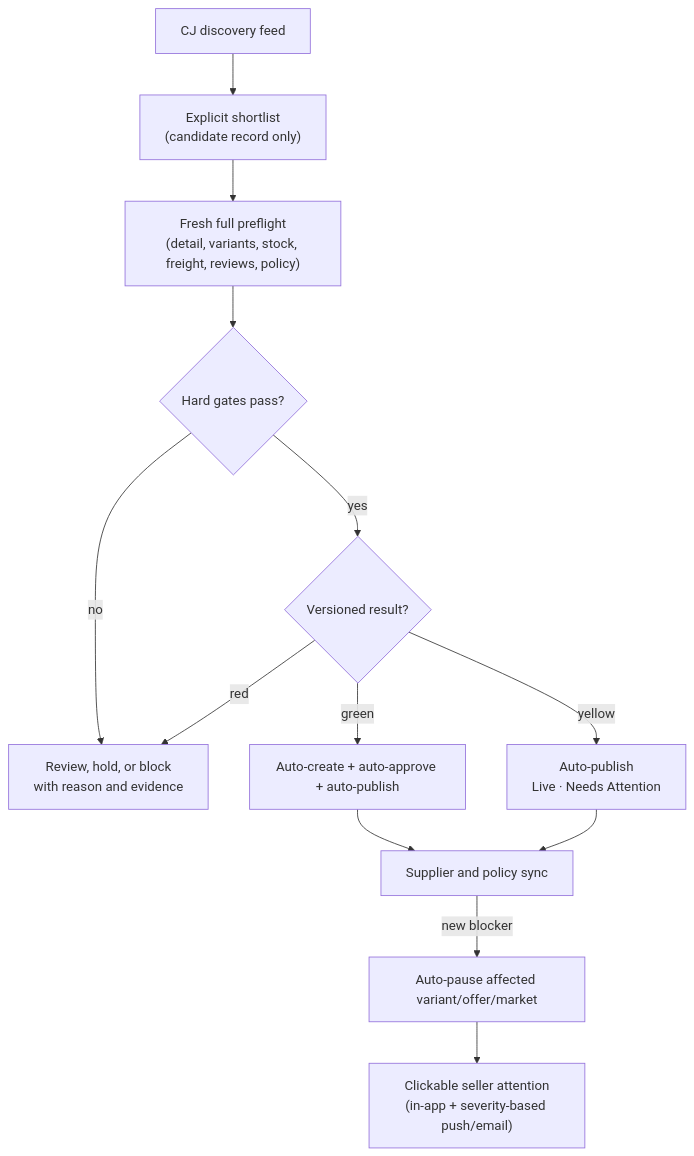
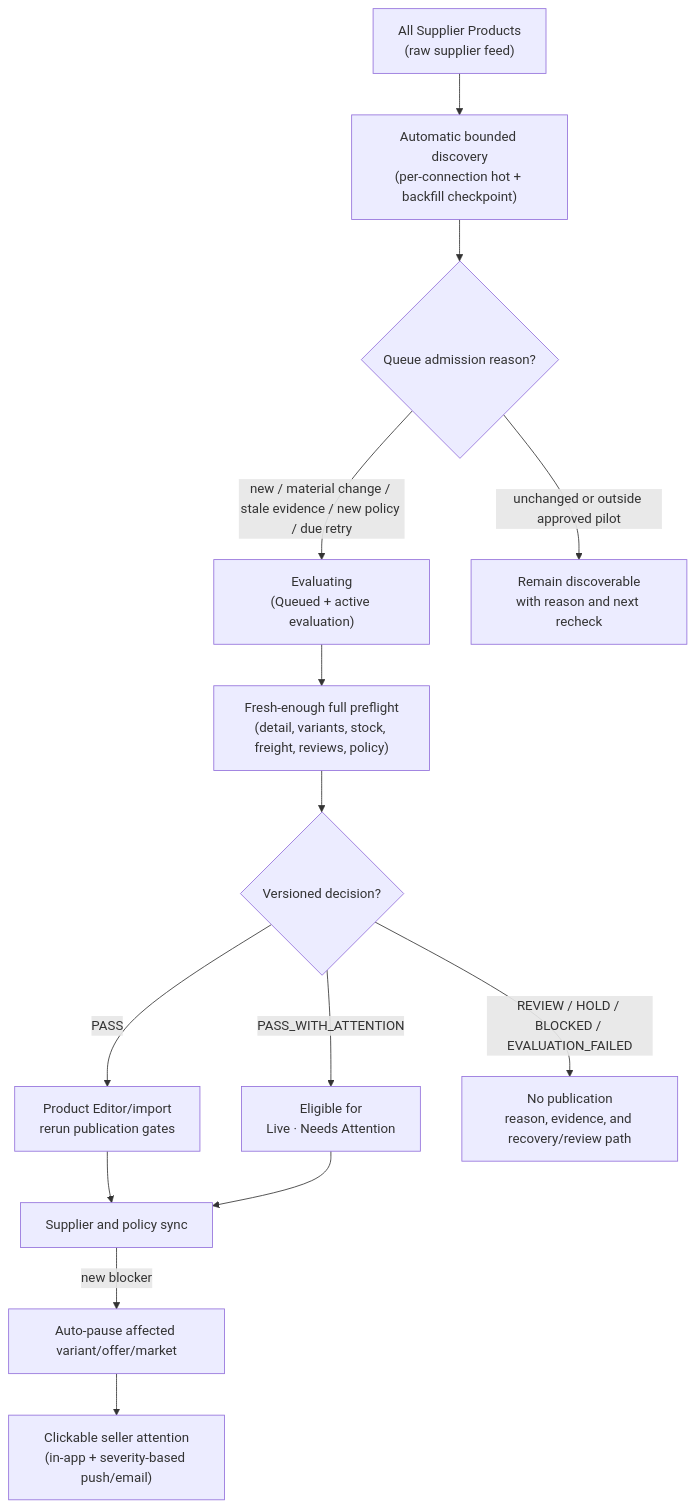
Before and after one commit to Sals3-Official/sals3-ecommerce: the third of 6 diagrams in docs/Wiki/wiki/sals3-end-to-end-process-flow.md, drawn with Mermaid. The commit also changed other lines of this file and 12 other files, not shown here.

````diff
--- a/docs/Wiki/wiki/sals3-end-to-end-process-flow.md
+++ b/docs/Wiki/wiki/sals3-end-to-end-process-flow.md
@@ -70,15 +73,16 @@
 ```mermaid
 graph TD
-    RawFeed["CJ discovery feed"] --> Shortlist["Explicit shortlist<br/>(candidate record only)"]
-    Shortlist --> Preflight["Fresh full preflight<br/>(detail, variants, stock, freight, reviews, policy)"]
-    Preflight --> Technical{"Hard gates pass?"}
-    Technical -- no --> Reject["Review, hold, or block<br/>with reason and evidence"]
-    Technical -- yes --> Score{"Versioned result?"}
-    Score -- green --> Publish["Auto-create + auto-approve + auto-publish"]
-    Score -- yellow --> Attention["Auto-publish<br/>Live · Needs Attention"]
-    Score -- red --> Reject
+    RawFeed["All Supplier Products<br/>(raw supplier feed)"] --> Scan["Automatic bounded discovery<br/>(per-connection hot + backfill checkpoint)"]
+    Scan --> Admit{"Queue admission reason?"}
+    Admit -- "new / material change / stale evidence / new policy / due retry" --> Queue["Evaluating<br/>(Queued + active evaluation)"]
+    Admit -- "unchanged or outside approved pilot" --> Wait["Remain discoverable<br/>with reason and next recheck"]
+    Queue --> Preflight["Fresh-enough full preflight<br/>(detail, variants, stock, freight, reviews, policy)"]
+    Preflight --> Decision{"Versioned decision?"}
+    Decision -- "PASS" --> Publish["Product Editor/import<br/>rerun publication gates"]
+    Decision -- "PASS_WITH_ATTENTION" --> Attention["Eligible for<br/>Live · Needs Attention"]
+    Decision -- "REVIEW / HOLD / BLOCKED / EVALUATION_FAILED" --> Reject["No publication<br/>reason, evidence, and recovery/review path"]
     Publish --> Sync["Supplier and policy sync"]
     Attention --> Sync
     Sync -- new blocker --> Pause["Auto-pause affected variant/offer/market"]
     Pause --> Notify["Clickable seller attention<br/>(in-app + severity-based push/email)"]
 ```
````
